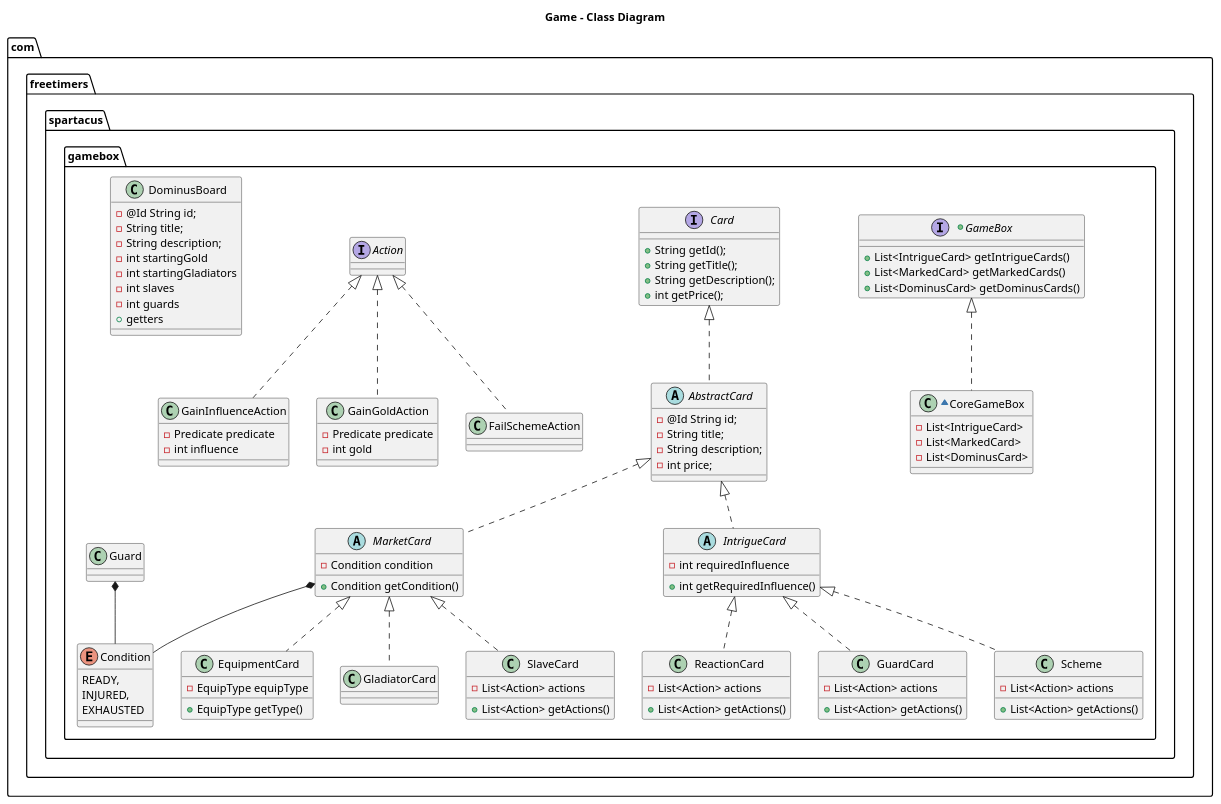
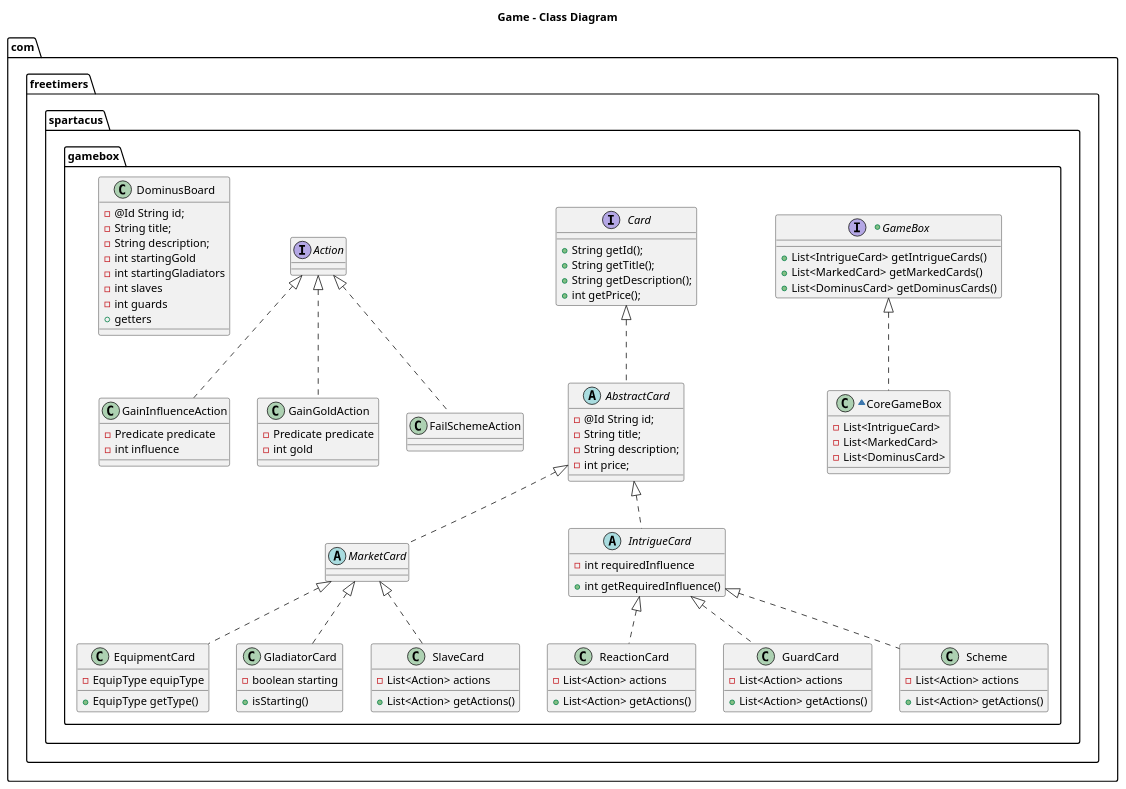
Before and after one commit to v-bodnar/Spartaaa: the diagram in Docs/GameBoxClassDiagram.puml, drawn with PlantUML.

```diff
--- a/Docs/GameBoxClassDiagram.puml
+++ b/Docs/GameBoxClassDiagram.puml
@@ -1,106 +1,97 @@
 @startuml
 
 title Game - Class Diagram
 
 package "com.freetimers.spartacus.gamebox"{
     +interface GameBox {
       + List<IntrigueCard> getIntrigueCards()
       + List<MarkedCard> getMarkedCards()
       + List<DominusCard> getDominusCards()
     }
 
     ~class CoreGameBox implements GameBox{
       -List<IntrigueCard>
       -List<MarkedCard>
       -List<DominusCard>
     }
 
     interface Card{
         + String getId();
         + String getTitle();
         + String getDescription();
         + int getPrice();
     }
 
     abstract class AbstractCard implements Card{
         - @Id String id;
         - String title;
         - String description;
         - int price;
     }
 
 
     abstract class MarketCard implements AbstractCard{
-         - Condition condition
-         + Condition getCondition()
     }
 
     abstract class IntrigueCard implements AbstractCard{
         - int requiredInfluence
         + int getRequiredInfluence()
     }
 
     class EquipmentCard implements MarketCard{
         - EquipType equipType
         + EquipType getType()
     }
 
     class GladiatorCard implements MarketCard{
+        -boolean starting
+        +isStarting()
     }
 
     class SlaveCard implements MarketCard{
         -List<Action> actions
         + List<Action> getActions()
     }
 
     class ReactionCard implements IntrigueCard{
         -List<Action> actions
         + List<Action> getActions()
     }
 
     class GuardCard implements IntrigueCard{
         -List<Action> actions
         + List<Action> getActions()
     }
 
     class Scheme implements IntrigueCard{
         -List<Action> actions
         + List<Action> getActions()
     }
 
     interface Action{
     }
 
     class GainInfluenceAction implements Action{
         - Predicate predicate
         - int influence
     }
     class GainGoldAction implements Action{
             - Predicate predicate
             - int gold
     }
 
     class FailSchemeAction implements Action{
     }
 
     class DominusBoard{
         - @Id String id;
         - String title;
         - String description;
         -int startingGold
         -int startingGladiators
         -int slaves
         -int guards
         + getters
     }
-
-    enum Condition{
-        READY,
-        INJURED,
-        EXHAUSTED
-    }
-
-    Guard *-- Condition
-    MarketCard *-- Condition
 }
 @enduml
```
